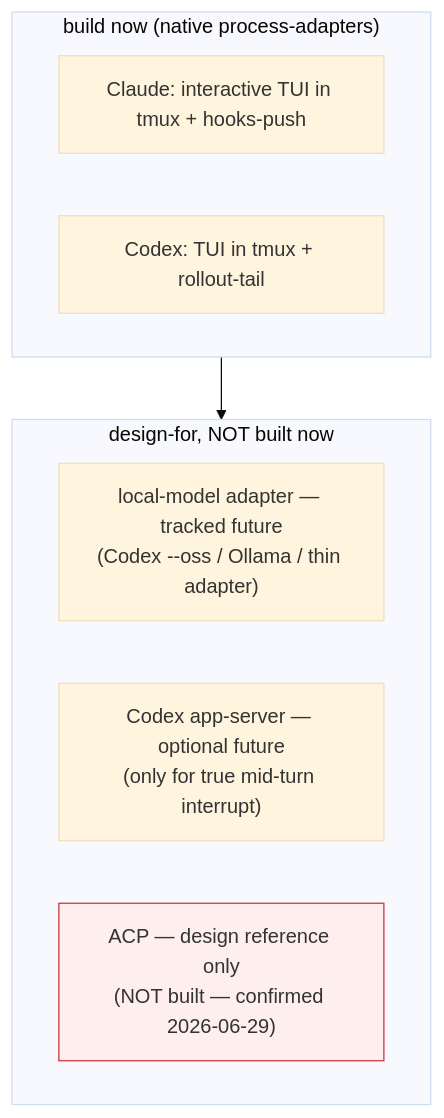
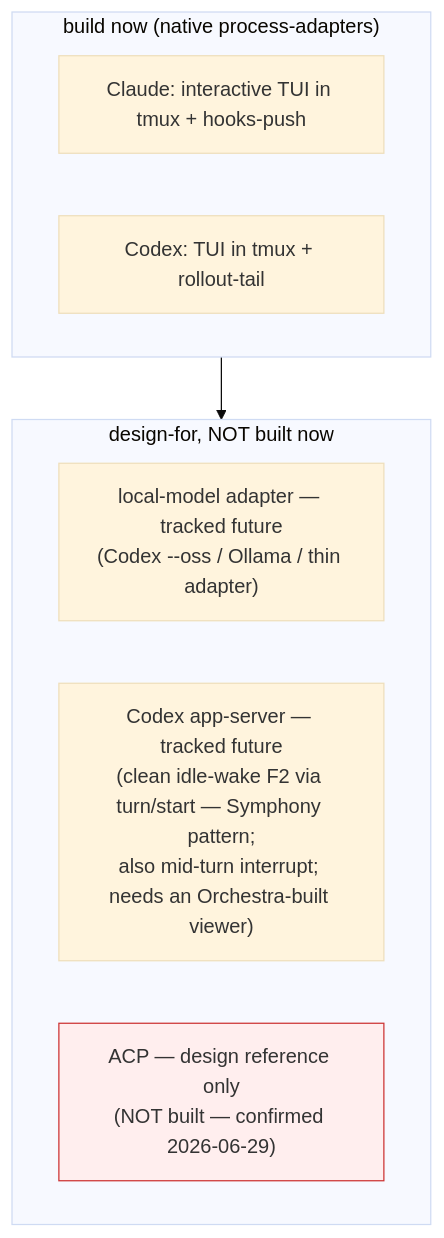
One commit to PeiAllen/claude-kanban changed the seventh of 7 diagrams in notes/designs/agent-provider-interface.md. Above: the diagram before and after it, drawn with Mermaid (base theme). The commit also changed other lines of this file, not shown here.

First line of the commit message:
design(agent-provider): live-delivery three-function model (F1/F2/F3) + wake transport

````diff
--- a/notes/designs/agent-provider-interface.md
+++ b/notes/designs/agent-provider-interface.md
@@ -604,15 +687,15 @@
 ```mermaid
 flowchart TB
     subgraph Now["build now (native process-adapters)"]
       C["Claude: interactive TUI in tmux + hooks-push"]
       X["Codex: TUI in tmux + rollout-tail"]
     end
     subgraph Later["design-for, NOT built now"]
       Local["local-model adapter — tracked future<br/>(Codex --oss / Ollama / thin adapter)"]
-      AS["Codex app-server — optional future<br/>(only for true mid-turn interrupt)"]
+      AS["Codex app-server — tracked future<br/>(clean idle-wake F2 via turn/start — Symphony pattern;<br/>also mid-turn interrupt; needs an Orchestra-built viewer)"]
       ACP["ACP — design reference only<br/>(NOT built — confirmed 2026-06-29)"]
     end
     Now --> Later
     classDef warn fill:#fee,stroke:#c33;
     class ACP warn
 ```
````
